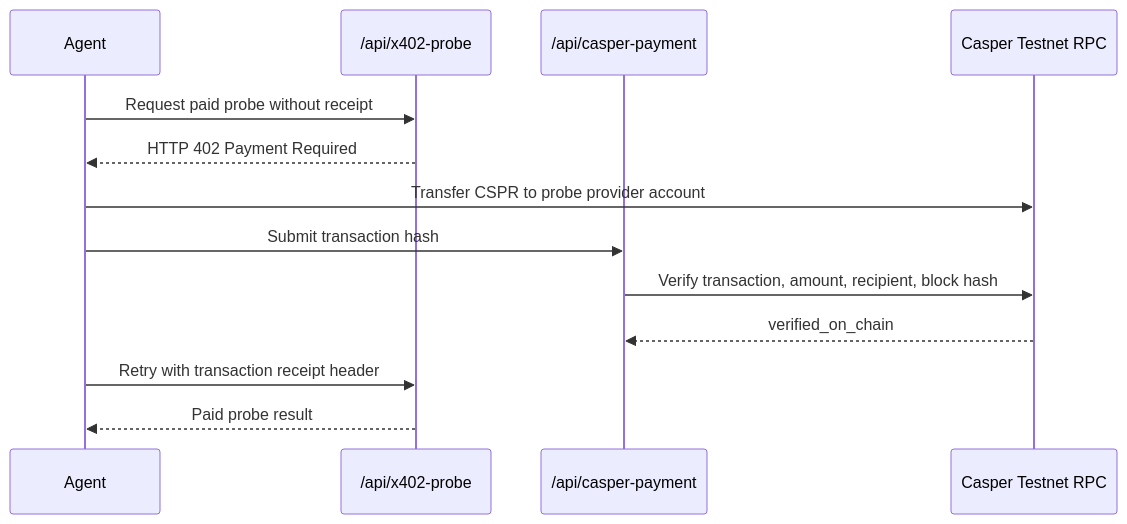
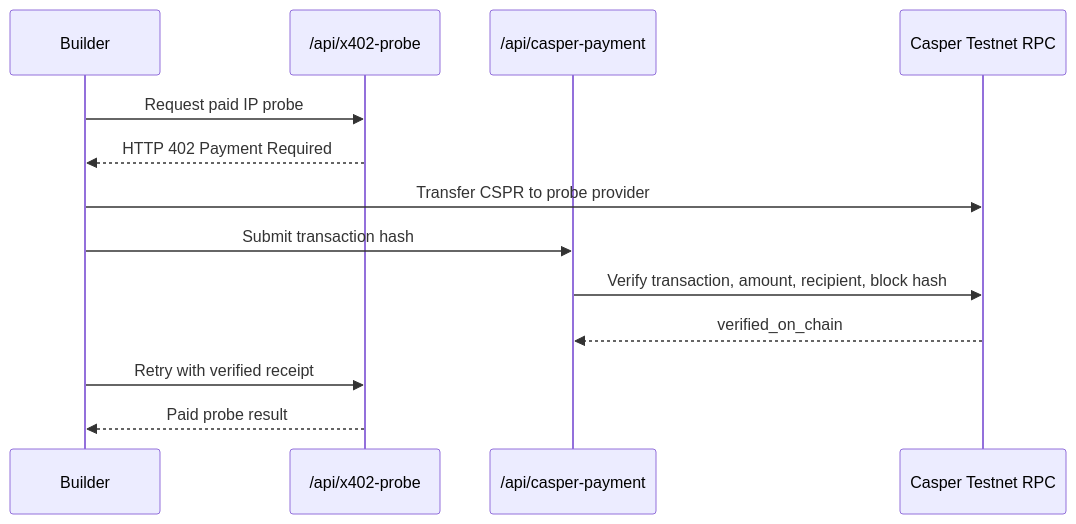
One commit to StuartCHAN/ip-breaker changed the second of 2 diagrams in README.md. Above: the diagram before and after it, drawn with Mermaid. The commit also changed other lines of this file, not shown here.

````diff
--- a/README.md
+++ b/README.md
@@ -157,16 +135,16 @@
 ```mermaid
 sequenceDiagram
-  participant Agent
+  participant Builder
   participant ProbeAPI as /api/x402-probe
-  participant CasperAPI as /api/casper-payment
+  participant PaymentAPI as /api/casper-payment
   participant Casper as Casper Testnet RPC
 
-  Agent->>ProbeAPI: Request paid probe without receipt
-  ProbeAPI-->>Agent: HTTP 402 Payment Required
-  Agent->>Casper: Transfer CSPR to probe provider account
-  Agent->>CasperAPI: Submit transaction hash
-  CasperAPI->>Casper: Verify transaction, amount, recipient, block hash
-  Casper-->>CasperAPI: verified_on_chain
-  Agent->>ProbeAPI: Retry with transaction receipt header
-  ProbeAPI-->>Agent: Paid probe result
+  Builder->>ProbeAPI: Request paid IP probe
+  ProbeAPI-->>Builder: HTTP 402 Payment Required
+  Builder->>Casper: Transfer CSPR to probe provider
+  Builder->>PaymentAPI: Submit transaction hash
+  PaymentAPI->>Casper: Verify transaction, amount, recipient, block hash
+  Casper-->>PaymentAPI: verified_on_chain
+  Builder->>ProbeAPI: Retry with verified receipt
+  ProbeAPI-->>Builder: Paid probe result
 ```
````
